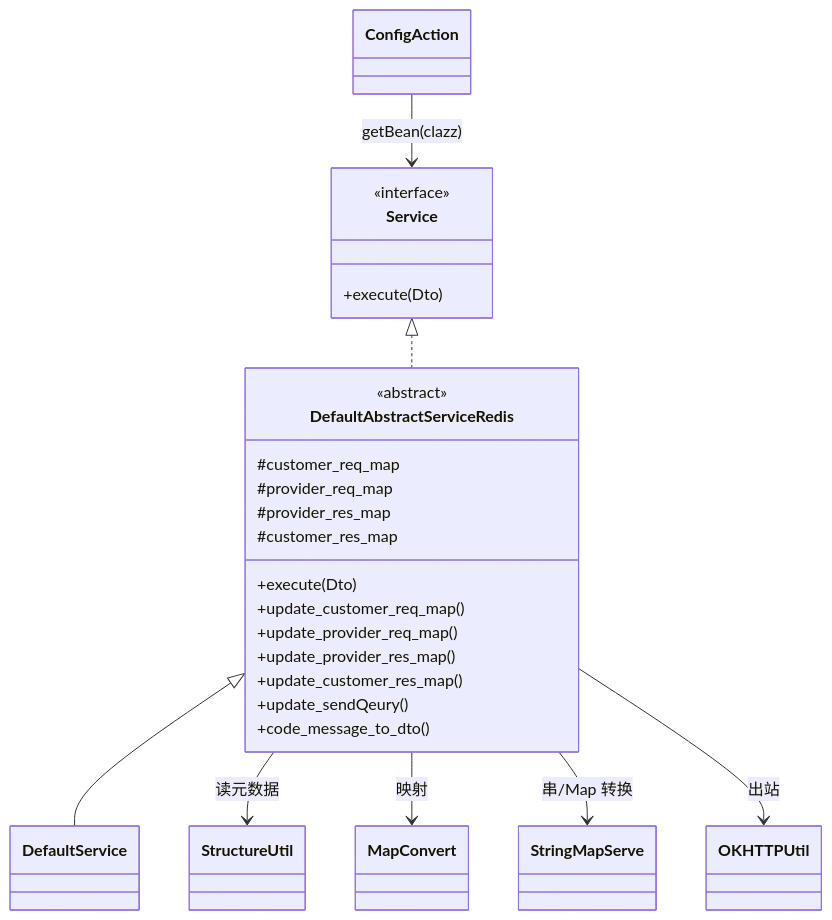
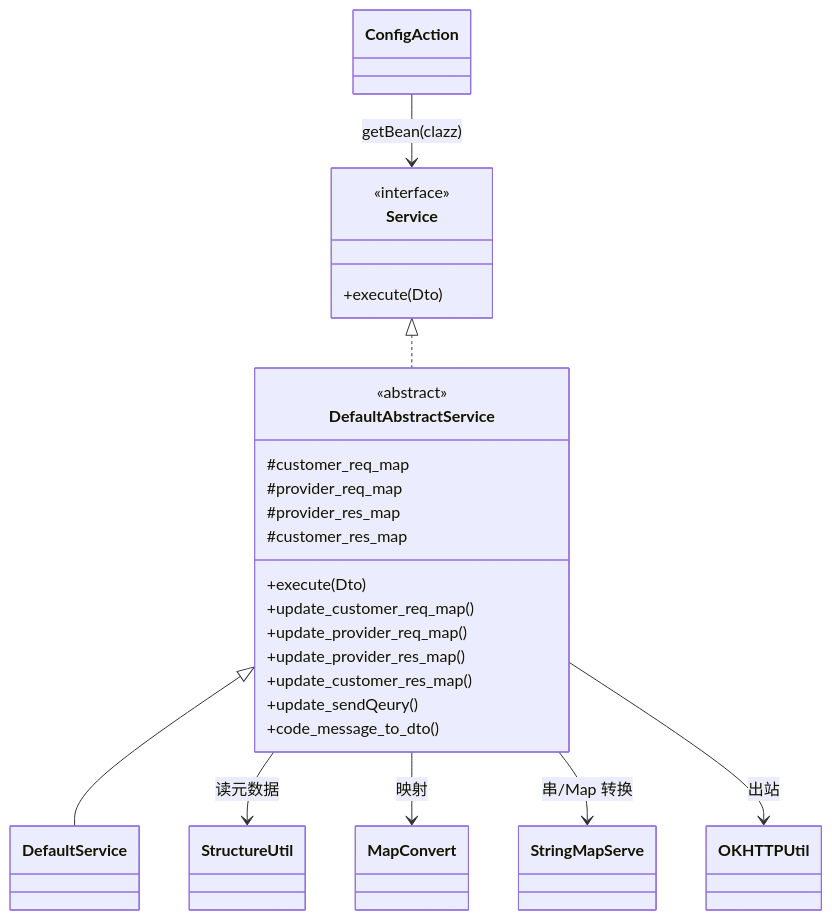
One commit to xsliu1989/xsesb changed the diagram in docs/03-详细设计.md. Above: the diagram before and after it, drawn with Mermaid. The commit also changed other lines of this file and 189 other files, not shown here.

````diff
--- a/docs/03-详细设计.md
+++ b/docs/03-详细设计.md
@@ -41,34 +41,34 @@
 ```mermaid
 classDiagram
     class Service {
         <<interface>>
         +execute(Dto)
     }
-    class DefaultAbstractServiceRedis {
+    class DefaultAbstractService {
         <<abstract>>
         #customer_req_map
         #provider_req_map
         #provider_res_map
         #customer_res_map
         +execute(Dto)
         +update_customer_req_map()
         +update_provider_req_map()
         +update_provider_res_map()
         +update_customer_res_map()
         +update_sendQeury()
         +code_message_to_dto()
     }
     class DefaultService
     class ConfigAction
     class StructureUtil
     class MapConvert
     class StringMapServe
     class OKHTTPUtil
-    Service <|.. DefaultAbstractServiceRedis
-    DefaultAbstractServiceRedis <|-- DefaultService
+    Service <|.. DefaultAbstractService
+    DefaultAbstractService <|-- DefaultService
     ConfigAction --> Service : getBean(clazz)
-    DefaultAbstractServiceRedis --> StructureUtil : 读元数据
-    DefaultAbstractServiceRedis --> MapConvert : 映射
-    DefaultAbstractServiceRedis --> StringMapServe : 串/Map 转换
-    DefaultAbstractServiceRedis --> OKHTTPUtil : 出站
+    DefaultAbstractService --> StructureUtil : 读元数据
+    DefaultAbstractService --> MapConvert : 映射
+    DefaultAbstractService --> StringMapServe : 串/Map 转换
+    DefaultAbstractService --> OKHTTPUtil : 出站
 ```
````
